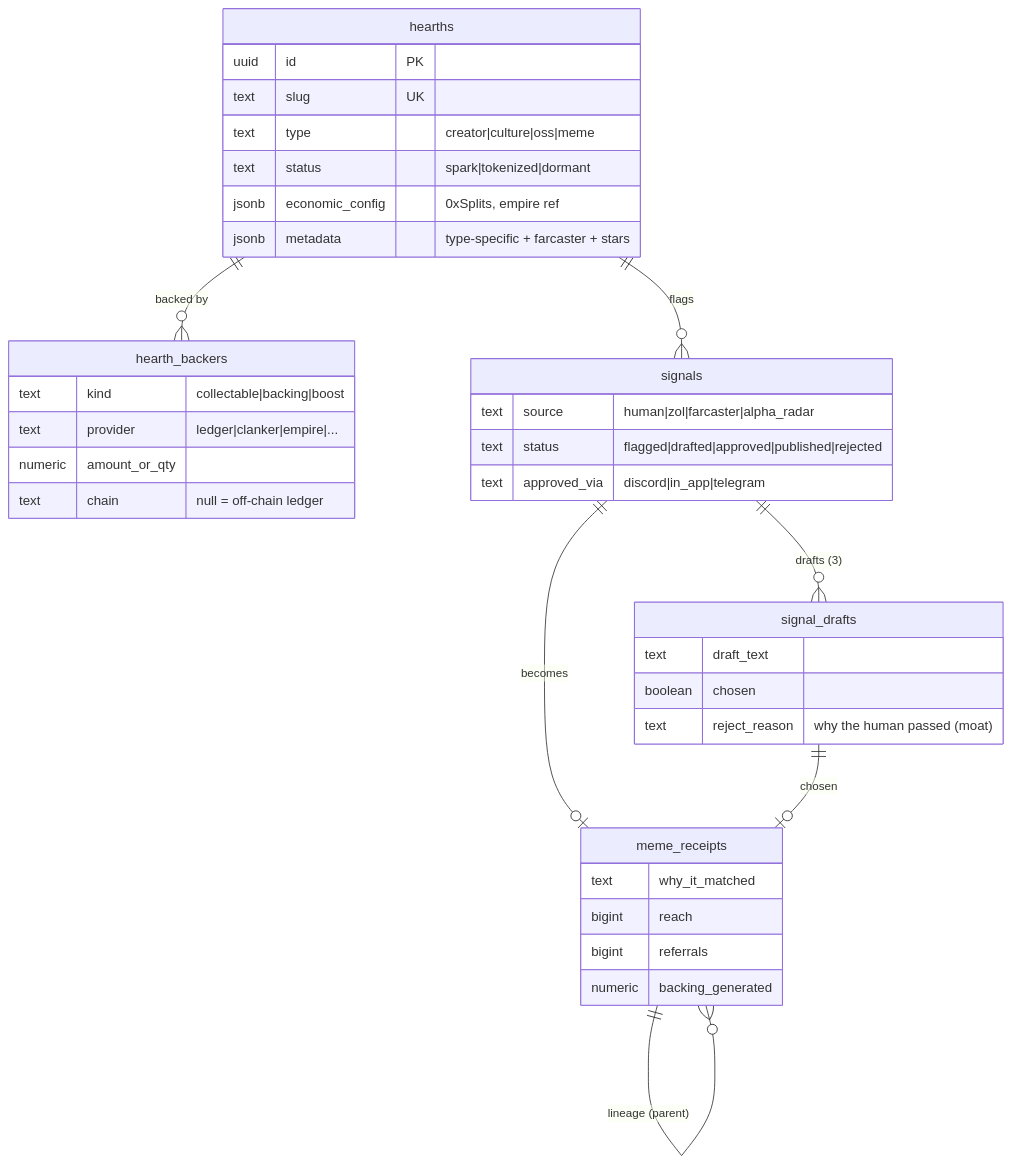
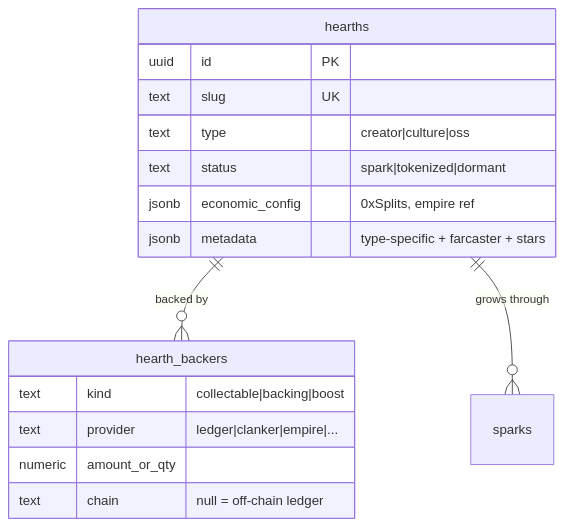
The third of 5 diagrams in README.md (bettercallzaal/sparkz), drawn with Mermaid before and after one commit. The commit also changed other lines of this file and 79 other files, not shown here.

First line of the commit message:
remove the Meme Engine and Meme Receipts code, agent and docs (Zaal, 19 Nov 2026)

````diff
--- a/README.md
+++ b/README.md
@@ -268,40 +239,20 @@
 ```mermaid
 erDiagram
   hearths ||--o{ hearth_backers : "backed by"
-  hearths ||--o{ signals : "flags"
-  signals  ||--o{ signal_drafts : "drafts (3)"
-  signals  ||--o| meme_receipts : "becomes"
-  signal_drafts ||--o| meme_receipts : "chosen"
-  meme_receipts ||--o{ meme_receipts : "lineage (parent)"
+  hearths ||--o{ sparks : "grows through"
 
   hearths {
     uuid id PK
     text slug UK
-    text type "creator|culture|oss|meme"
+    text type "creator|culture|oss"
     text status "spark|tokenized|dormant"
     jsonb economic_config "0xSplits, empire ref"
     jsonb metadata "type-specific + farcaster + stars"
   }
   hearth_backers {
     text kind "collectable|backing|boost"
     text provider "ledger|clanker|empire|..."
     numeric amount_or_qty
     text chain "null = off-chain ledger"
   }
-  signals {
-    text source "human|zol|farcaster|alpha_radar"
-    text status "flagged|drafted|approved|published|rejected"
-    text approved_via "discord|in_app|telegram"
-  }
-  signal_drafts {
-    text draft_text
-    boolean chosen
-    text reject_reason "why the human passed (moat)"
-  }
-  meme_receipts {
-    text why_it_matched
-    bigint reach
-    bigint referrals
-    numeric backing_generated
-  }
 ```
````
